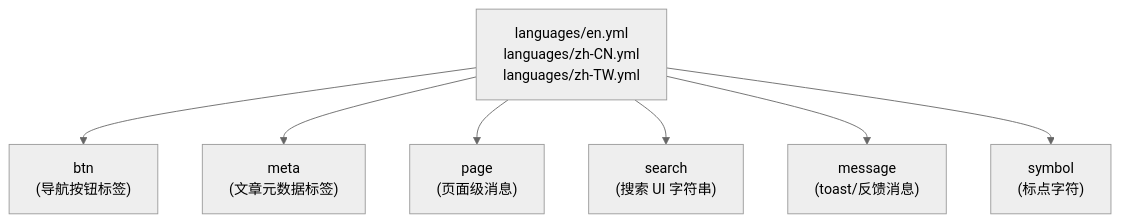
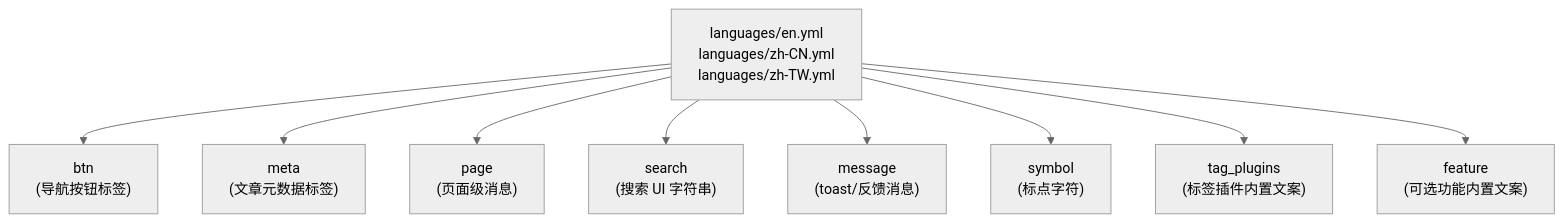
One commit to xaoxuu/hexo-theme-stellar changed the first of 4 diagrams in docs/knowledge/08-本地化/localization.md. Above: the diagram before and after it, drawn with Mermaid (neutral theme). The commit also changed other lines of this file and 47 other files, not shown here.

````diff
--- a/docs/knowledge/08-本地化/localization.md
+++ b/docs/knowledge/08-本地化/localization.md
@@ -49,10 +52,12 @@
 ```mermaid
 graph TD
   LangFile["languages/en.yml\nlanguages/zh-CN.yml\nlanguages/zh-TW.yml"]
   LangFile --> btn["btn\n(导航按钮标签)"]
   LangFile --> meta["meta\n(文章元数据标签)"]
   LangFile --> page["page\n(页面级消息)"]
   LangFile --> search["search\n(搜索 UI 字符串)"]
   LangFile --> message["message\n(toast/反馈消息)"]
   LangFile --> symbol["symbol\n(标点字符)"]
+  LangFile --> tagplugins["tag_plugins\n(标签插件内置文案)"]
+  LangFile --> feature["feature\n(可选功能内置文案)"]
 ```
````
